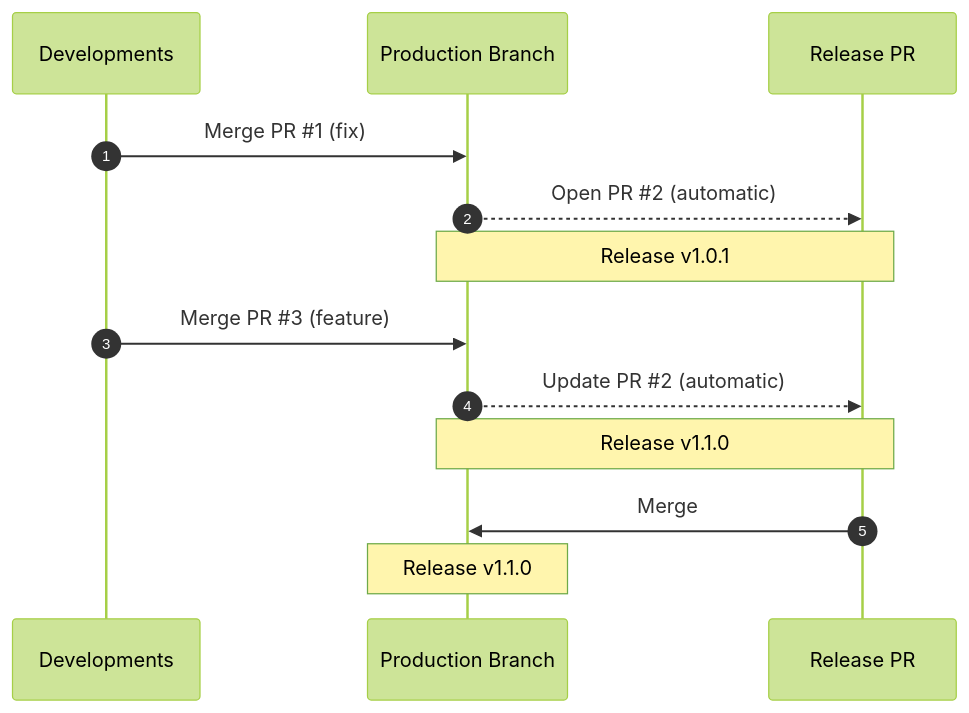
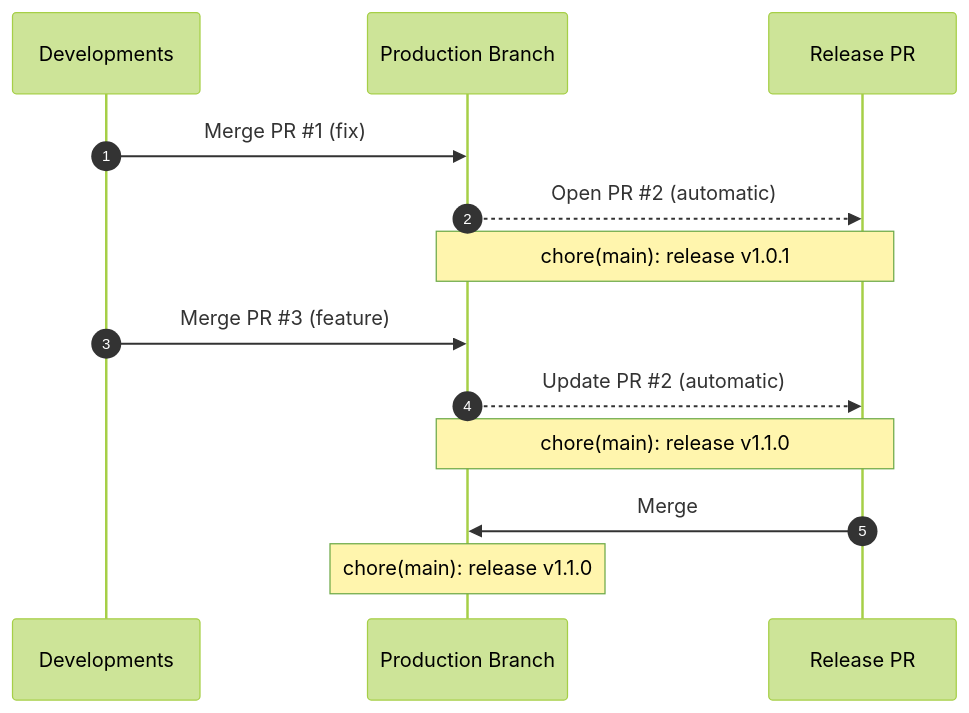
One commit to cyberspace7/release-action changed the first of 2 diagrams in README.md. Above: the diagram before and after it, drawn with Mermaid (forest theme). The commit also changed 4 other files, not shown here.

````diff
--- a/README.md
+++ b/README.md
@@ -38,16 +38,16 @@
 ```mermaid
 sequenceDiagram
   autonumber
   participant D as Developments
   participant P as Production Branch
   participant R as Release PR
 
   D ->> P: Merge PR #35;1 (fix)
   P -->> R: Open PR #35;2 (automatic)
-  Note over P,R: Release v1.0.1
+  Note over P,R: chore(main): release v1.0.1
   D ->> P: Merge PR #35;3 (feature)
   P -->> R: Update PR #35;2 (automatic)
-  Note over P,R: Release v1.1.0
+  Note over P,R: chore(main): release v1.1.0
   R ->> P: Merge
-  Note over P: Release v1.1.0
+  Note over P: chore(main): release v1.1.0
 ```
````
